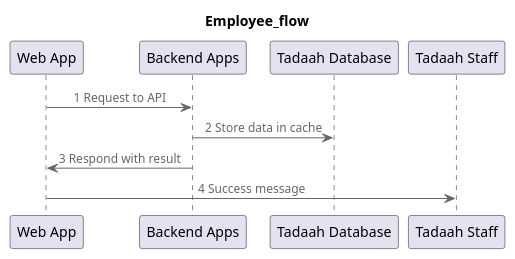
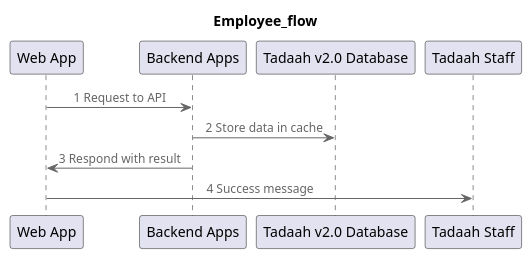
The diagram in examples/tadaah/icePanel-C4-Flow-Employee_flow.puml (brunasti/icepanel-tools), drawn with PlantUML before and after one commit. The commit also changed 7 other files, not shown here.

```diff
--- a/examples/tadaah/icePanel-C4-Flow-Employee_flow.puml
+++ b/examples/tadaah/icePanel-C4-Flow-Employee_flow.puml
@@ -1,28 +1,28 @@
 @startuml
 ' CONVERT ICEPANEL FLOW DIAGRAM ===========
 ' Converter          : it.brunasti.icepanel.tools.IcePanelToPlantUmlConverter
 ' IcePanel JSON File : [./examples/tadaah/tadaah-001.json]
 ' Configuration      : [./examples/tadaah/config.json]
-' Generated at       : Fri Jan 10 17:22:14 CET 2025
+' Generated at       : Mon Jan 13 14:43:54 CET 2025
 
 !include https://raw.githubusercontent.com/plantuml-stdlib/C4-PlantUML/master/C4_Context.puml
 !include https://raw.githubusercontent.com/plantuml-stdlib/C4-PlantUML/master/C4_Component.puml
 
 title Employee_flow
 
 
 ' Elements =======
 ' Steps =======
 participant "Web App" as 01MRBoO6TNPt4PmaELoO 
 participant "Backend Apps" as LXvhwDpIAwiWY9cfveXB 
 participant "Backend Apps" as LXvhwDpIAwiWY9cfveXB 
-participant "Tadaah Database" as 7GHp8F8aCdHY91UqUPRd 
+participant "Tadaah v2.0 Database" as 7GHp8F8aCdHY91UqUPRd 
 participant "Tadaah Staff" as kI67J5sJZiz7LxjwL6OT 
 
 01MRBoO6TNPt4PmaELoO -> LXvhwDpIAwiWY9cfveXB : 1 Request to API
 LXvhwDpIAwiWY9cfveXB -> 7GHp8F8aCdHY91UqUPRd : 2 Store data in cache
 LXvhwDpIAwiWY9cfveXB -> 01MRBoO6TNPt4PmaELoO : 3 Respond with result
 01MRBoO6TNPt4PmaELoO -> kI67J5sJZiz7LxjwL6OT : 4 Success message
 
 
 @enduml
```
